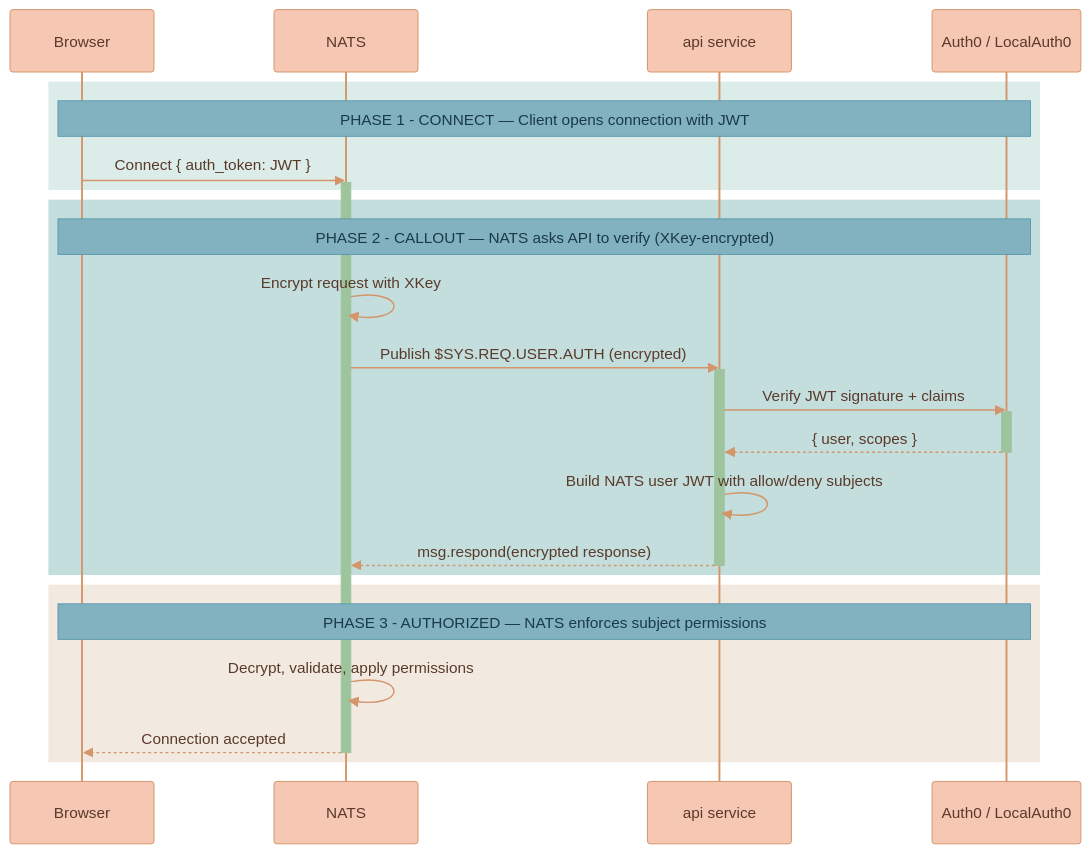
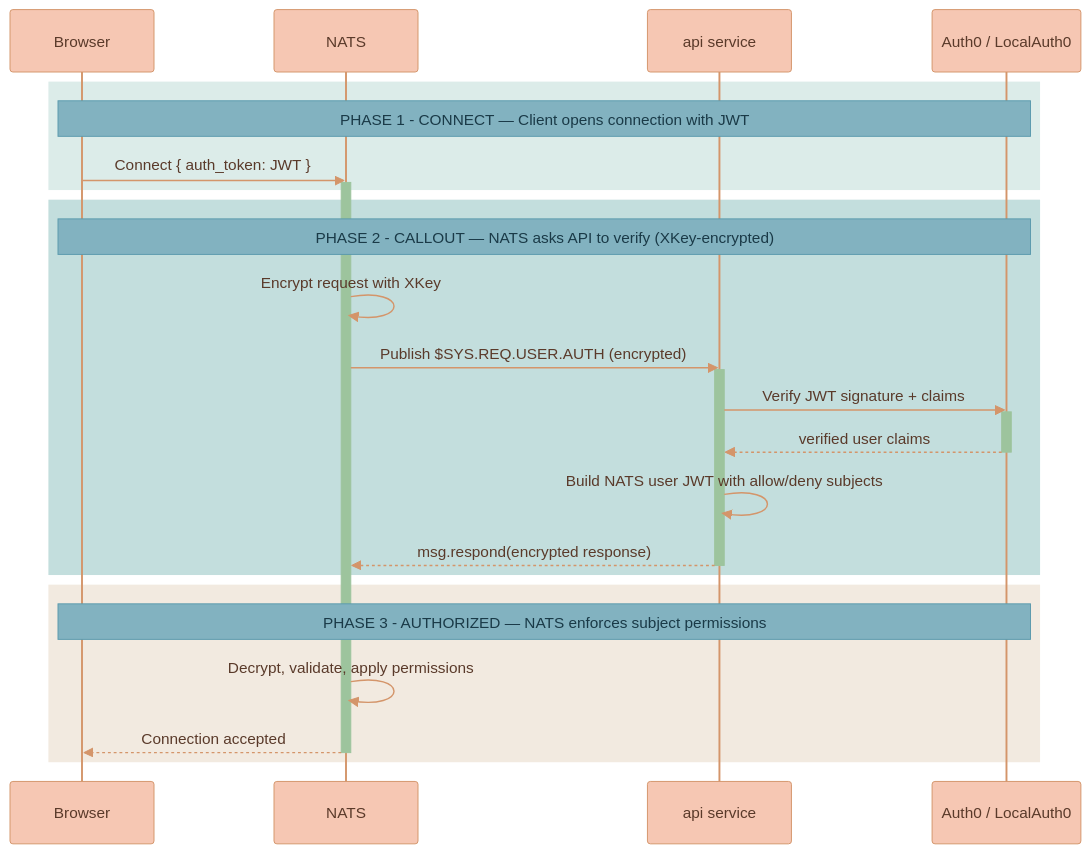
The third of 3 diagrams in documentation/platform/AUTHENTICATION.md (Lixpi/lixpi), drawn with Mermaid before and after one commit. The commit also changed other lines of this file and 46 other files, not shown here.

````diff
--- a/documentation/platform/AUTHENTICATION.md
+++ b/documentation/platform/AUTHENTICATION.md
@@ -123,44 +132,44 @@
 ```mermaid
 %%{init: {'theme': 'base', 'themeVariables': { 'noteBkgColor': '#82B2C0', 'noteTextColor': '#1a3a47', 'noteBorderColor': '#5a9aad', 'actorBkg': '#F6C7B3', 'actorBorder': '#d4956a', 'actorTextColor': '#5a3a2a', 'actorLineColor': '#d4956a', 'signalColor': '#d4956a', 'signalTextColor': '#5a3a2a', 'labelBoxBkgColor': '#F6C7B3', 'labelBoxBorderColor': '#d4956a', 'labelTextColor': '#5a3a2a', 'loopTextColor': '#5a3a2a', 'activationBorderColor': '#9DC49D', 'activationBkgColor': '#9DC49D', 'sequenceNumberColor': '#5a3a2a'}}}%%
 sequenceDiagram
     participant Browser
     participant NATS
     participant API as api service
     participant Auth0 as Auth0 / LocalAuth0
 
     %% ═══════════════════════════════════════════════════════════════
     %% PHASE 1: CONNECT
     %% ═══════════════════════════════════════════════════════════════
     rect rgb(220, 236, 233)
         Note over Browser, Auth0: PHASE 1 - CONNECT — Client opens connection with JWT
         Browser->>NATS: Connect { auth_token: JWT }
         activate NATS
     end
 
     %% ═══════════════════════════════════════════════════════════════
     %% PHASE 2: CALLOUT
     %% ═══════════════════════════════════════════════════════════════
     rect rgb(195, 222, 221)
         Note over Browser, Auth0: PHASE 2 - CALLOUT — NATS asks API to verify (XKey-encrypted)
         NATS->>NATS: Encrypt request with XKey
         NATS->>API: Publish $SYS.REQ.USER.AUTH (encrypted)
         activate API
         API->>Auth0: Verify JWT signature + claims
         activate Auth0
-        Auth0-->>API: { user, scopes }
+        Auth0-->>API: verified user claims
         deactivate Auth0
         API->>API: Build NATS user JWT with allow/deny subjects
         API-->>NATS: msg.respond(encrypted response)
         deactivate API
     end
 
     %% ═══════════════════════════════════════════════════════════════
     %% PHASE 3: AUTHORIZED
     %% ═══════════════════════════════════════════════════════════════
     rect rgb(242, 234, 224)
         Note over Browser, Auth0: PHASE 3 - AUTHORIZED — NATS enforces subject permissions
         NATS->>NATS: Decrypt, validate, apply permissions
         NATS-->>Browser: Connection accepted
         deactivate NATS
     end
 ```
````
